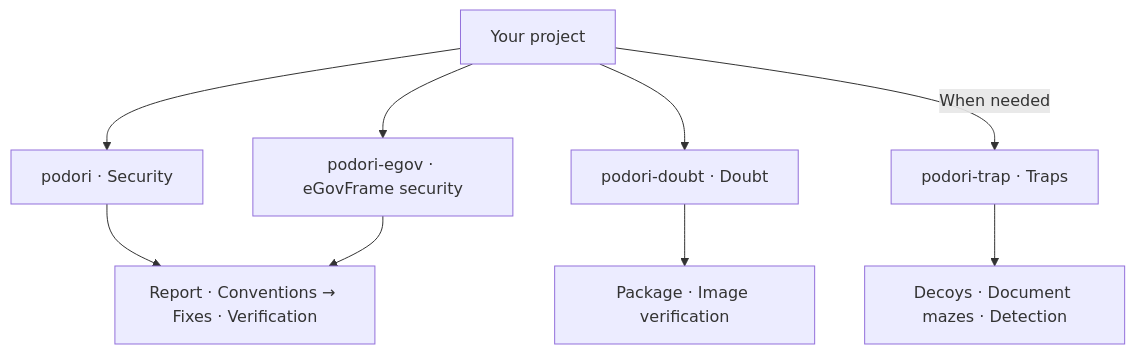
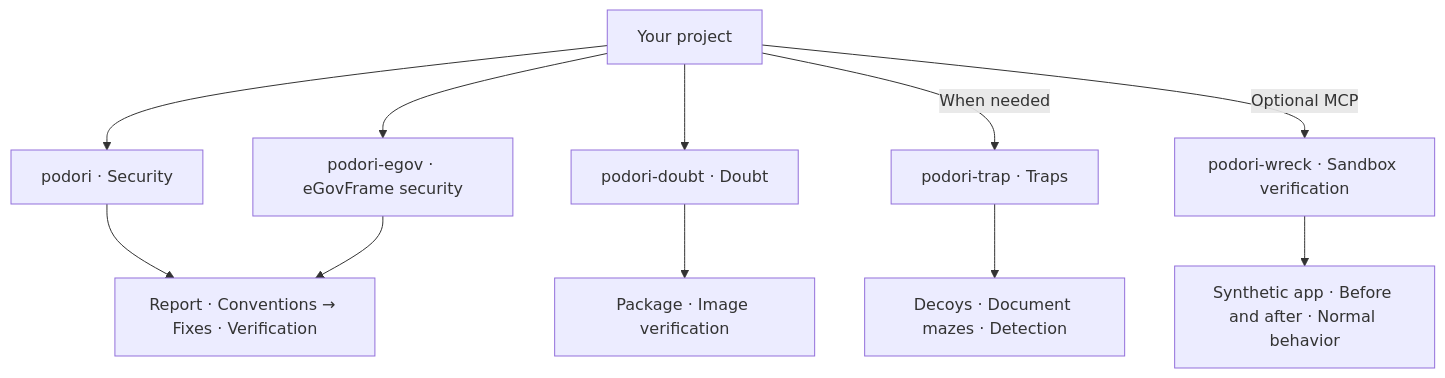
One commit to VerifiedIdiot/drosera changed the diagram in README.en.md. Above: the diagram before and after it, drawn with Mermaid. The commit also changed other lines of this file and 59 other files, not shown here.

````diff
--- a/README.en.md
+++ b/README.en.md
@@ -84,12 +111,14 @@
 ```mermaid
 flowchart TD
     project["Your project"]
     project --> code["podori · Security"]
     project --> egov["podori-egov · eGovFrame security"]
     project --> dependency["podori-doubt · Doubt"]
     project -->|When needed| trap["podori-trap · Traps"]
+    project -->|Optional MCP| sandbox["podori-wreck · Sandbox verification"]
     code --> fix["Report · Conventions → Fixes · Verification"]
     egov --> fix
     dependency --> verify["Package · Image verification"]
     trap --> decoy["Decoys · Document mazes · Detection"]
+    sandbox --> evidence["Synthetic app · Before and after · Normal behavior"]
 ```
````
